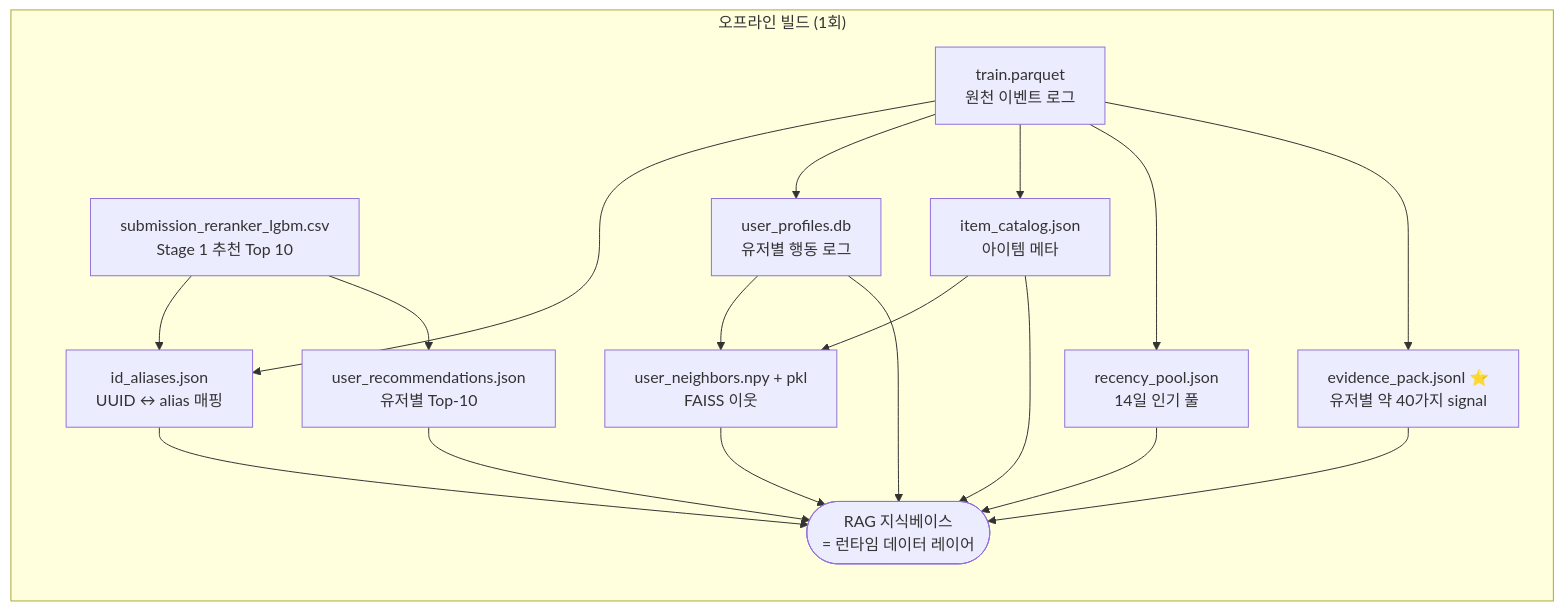
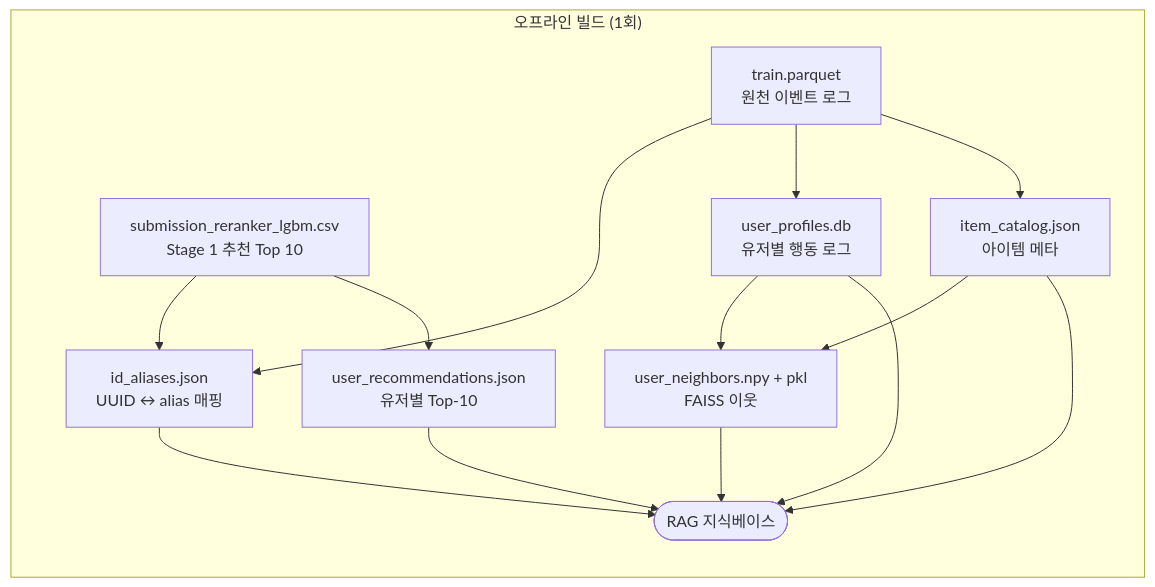
One commit to yoon-chung/recsys-commerce changed the second of 2 diagrams in service/README_mvp.md. Above: the diagram before and after it, drawn with Mermaid. The commit also changed other lines of this file, not shown here.

````diff
--- a/service/README_mvp.md
+++ b/service/README_mvp.md
@@ -109,29 +109,25 @@
 ```mermaid
 flowchart TB
   subgraph BG["오프라인 빌드 (1회)"]
     direction TB
     T[train.parquet<br/>원천 이벤트 로그]
     S[submission_reranker_lgbm.csv<br/>Stage 1 추천 Top 10]
 
     T --> A[id_aliases.json<br/>UUID ↔ alias 매핑]
     S --> A
 
     T --> P[user_profiles.db<br/>유저별 행동 로그]
     T --> C[item_catalog.json<br/>아이템 메타]
     S --> R[user_recommendations.json<br/>유저별 Top-10]
-    T --> Y[recency_pool.json<br/>14일 인기 풀]
-    T --> E[evidence_pack.jsonl ⭐<br/>유저별 약 40가지 signal]
 
     P --> F[user_neighbors.npy + pkl<br/>FAISS 이웃]
     C --> F
 
     A --> KB
     P --> KB
     C --> KB
     R --> KB
-    Y --> KB
-    E --> KB
     F --> KB
-    KB([RAG 지식베이스<br/>= 런타임 데이터 레이어])
+    KB([RAG 지식베이스])
   end
 ```
````
